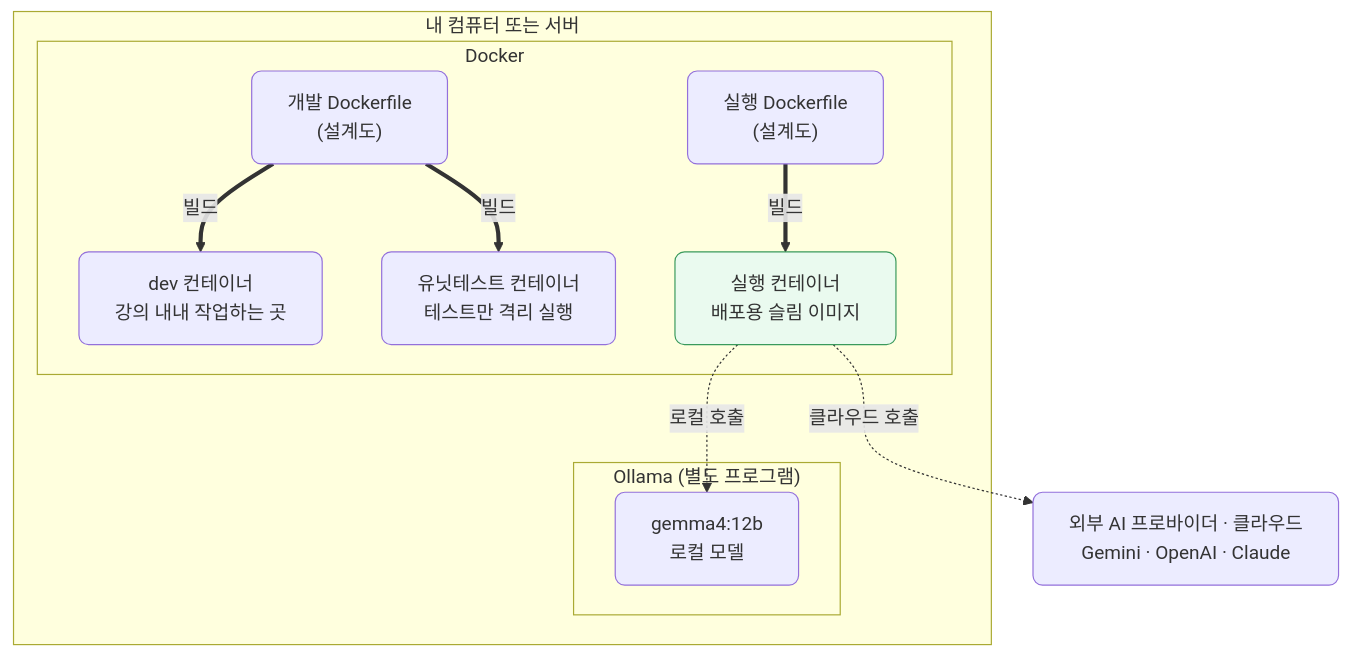
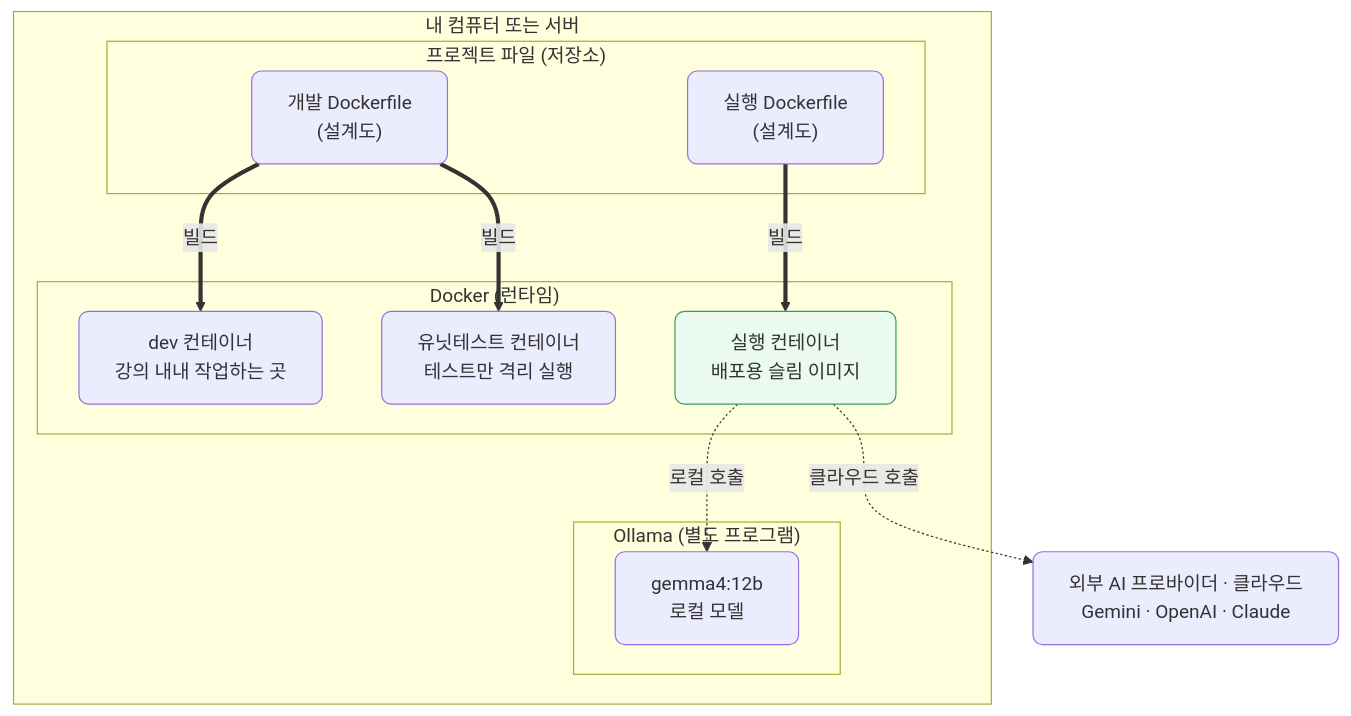
Before and after one commit to CodeCompose7/ai_service_engineering: the second of 3 diagrams in docs/section1/lec01/README.md, drawn with Mermaid. The commit also changed other lines of this file, not shown here.

First line of the commit message:
lec01 그림에서 Dockerfile을 Docker 밖(프로젝트 파일)으로 분리

````diff
--- a/docs/section1/lec01/README.md
+++ b/docs/section1/lec01/README.md
@@ -54,26 +57,29 @@
 ```mermaid
 flowchart TB
   subgraph COMP2["내 컴퓨터 또는 서버"]
-    subgraph DOCKER2["Docker"]
+    subgraph REPO2["프로젝트 파일 (저장소)"]
       DF1b["개발 Dockerfile<br/>(설계도)"]
       DF2b["실행 Dockerfile<br/>(설계도)"]
+    end
+    subgraph DOCKER2["Docker (런타임)"]
       DEVb["dev 컨테이너<br/>강의 내내 작업하는 곳"]
       TESTb["유닛테스트 컨테이너<br/>테스트만 격리 실행"]
       RUNb["실행 컨테이너<br/>배포용 슬림 이미지"]
-      DF1b ==>|"빌드"| DEVb
-      DF1b ==>|"빌드"| TESTb
-      DF2b ==>|"빌드"| RUNb
     end
     subgraph OLLAMA2["Ollama (별도 프로그램)"]
       MODELb["gemma4:12b<br/>로컬 모델"]
     end
   end
   EXT2["외부 AI 프로바이더 · 클라우드<br/>Gemini · OpenAI · Claude"]
+
+  DF1b ==>|"빌드"| DEVb
+  DF1b ==>|"빌드"| TESTb
+  DF2b ==>|"빌드"| RUNb
 
   RUNb -.->|"로컬 호출"| MODELb
   RUNb -.->|"클라우드 호출"| EXT2
 
   classDef default rx:8,ry:8;
   classDef ship fill:#eafaef,stroke:#3a9a5c;
   class RUNb ship;
 ```
````
